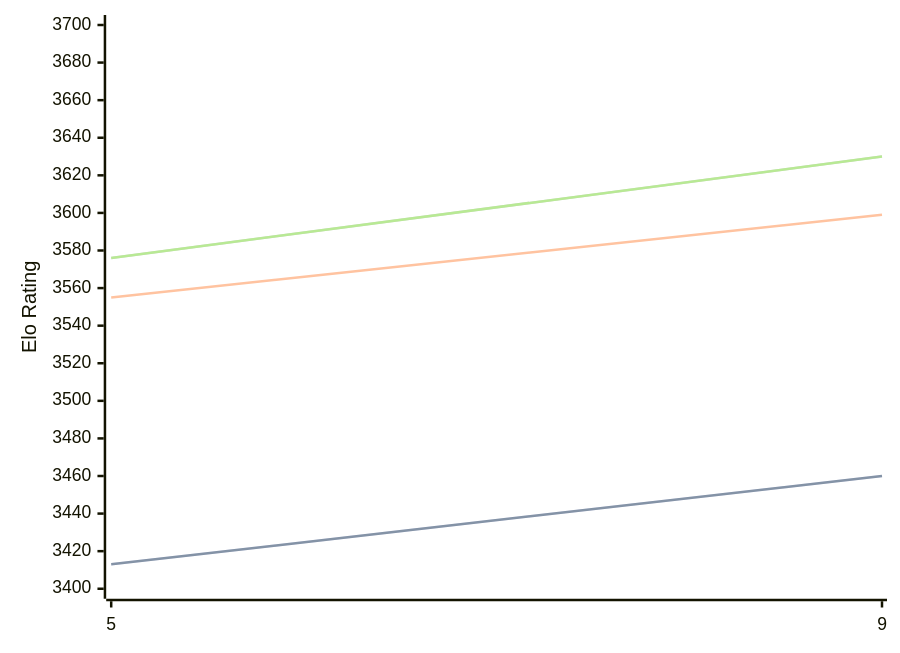
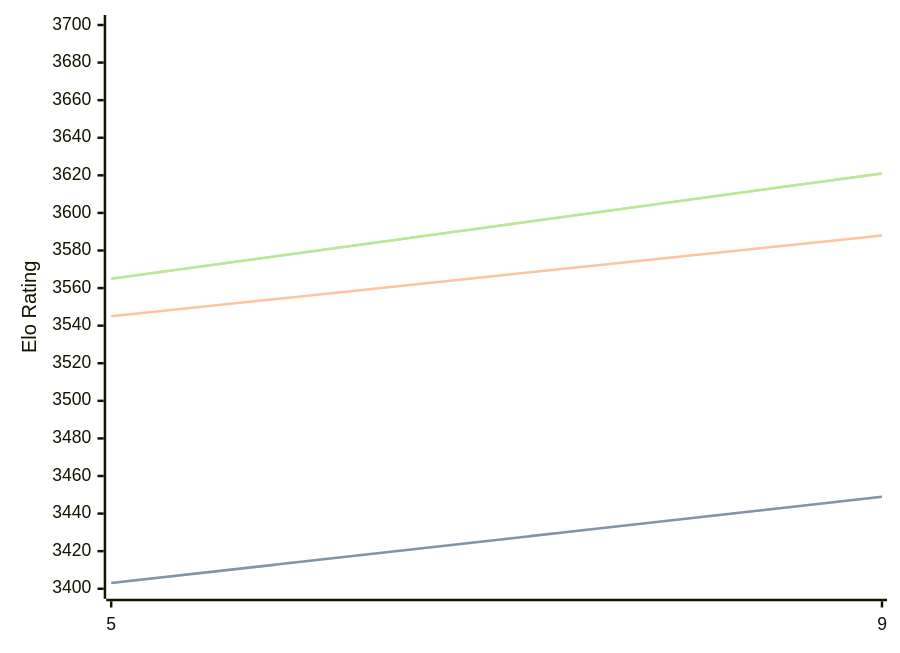
One commit to computer-chess-index/cci changed the diagram in engines/Crystal.md. Above: the diagram before and after it, drawn with Mermaid. The commit also changed other lines of this file, not shown here.

Commit message:
Update CCI Ratings (ELO VLTC) - 2026-03-19

````diff
--- a/engines/Crystal.md
+++ b/engines/Crystal.md
@@ -58,11 +58,11 @@
 ```mermaid
 %%{init: {"theme":"base","themeVariables":{"seriesColors:['#a3a3a3','#222221','#faa371']}}}%%
 xychart-beta
   x-axis ["5", "9"]
   y-axis "Elo Rating" 3400 --> 3700
-  line "STC (8.0+0.08s)" [3413, 3460]
-  line "STC (8.0+0.08s)" [3413, 3460]
-  line "LTC (60.0+0.60s)" [3555, 3599]
-  line "VLTC (2m24s+1.12s)" [3576, 3630]
-  line "VLTC (2m24s+1.12s)" [3576, 3630]
+  line "STC (8.0+0.08s)" [3403, 3449]
+  line "STC (8.0+0.08s)" [3403, 3449]
+  line "LTC (60.0+0.60s)" [3545, 3588]
+  line "VLTC (2m24s+1.12s)" [3565, 3621]
+  line "VLTC (2m24s+1.12s)" [3565, 3621]
 ```
````
